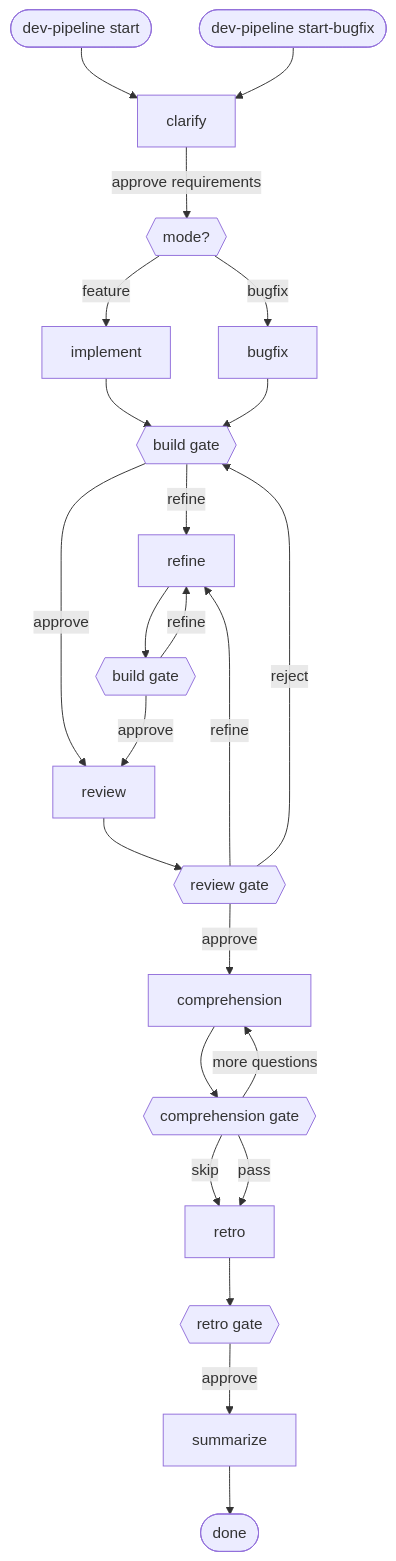
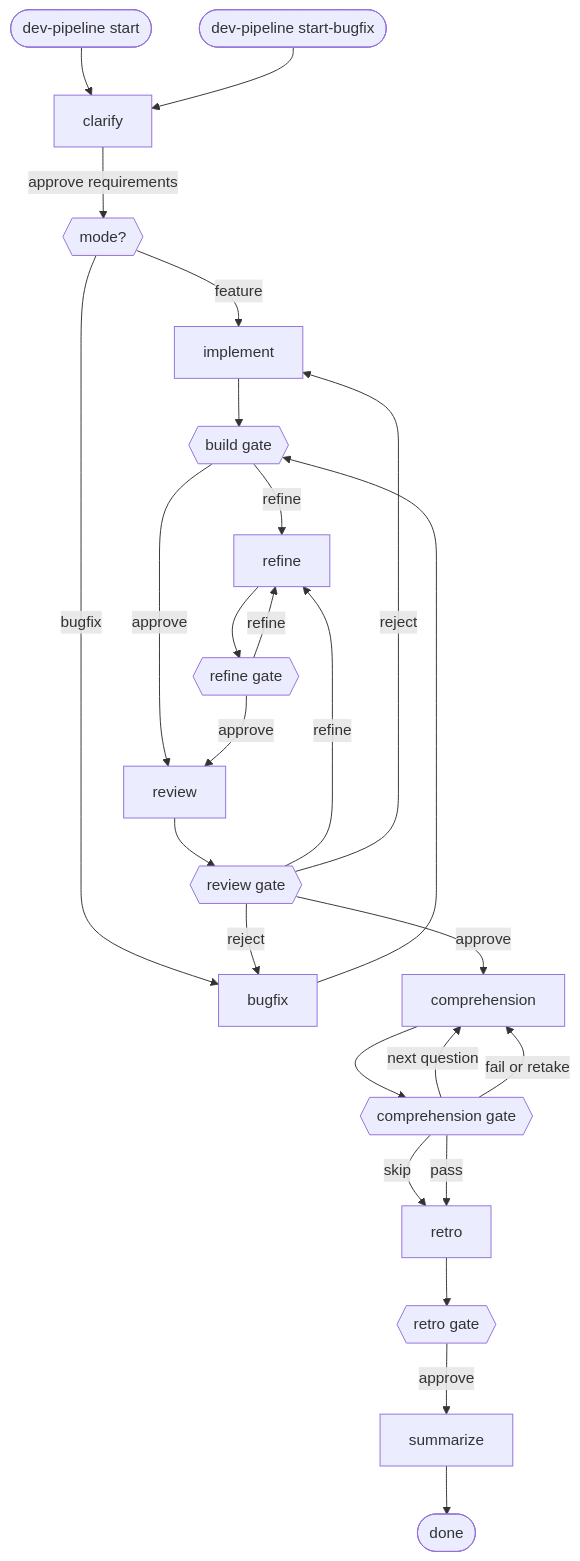
One commit to D-Andreev/ai-workflow changed the second of 2 diagrams in README.md. Above: the diagram before and after it, drawn with Mermaid.

````diff
--- a/README.md
+++ b/README.md
@@ -111,34 +111,37 @@
 ```mermaid
 flowchart TD
     start(["dev-pipeline start"]) --> clarify
     startbug(["dev-pipeline start-bugfix"]) --> clarify
 
     clarify["clarify"] -->|approve requirements| mode
 
     mode{{mode?}}
     mode -->|feature| implement["implement"]
     mode -->|bugfix| bugfix["bugfix"]
 
     implement --> gate_build
     bugfix --> gate_build
     gate_build{{build gate}}
     gate_build -->|refine| refine["refine"]
-    refine --> gate_build2{{build gate}}
-    gate_build2 -->|refine| refine
     gate_build -->|approve| review["review"]
-    gate_build2 -->|approve| review
+
+    refine --> gate_refine{{refine gate}}
+    gate_refine -->|refine| refine
+    gate_refine -->|approve| review
 
     review --> gate_review{{review gate}}
     gate_review -->|refine| refine
-    gate_review -->|reject| gate_build
+    gate_review -->|reject| implement
+    gate_review -->|reject| bugfix
     gate_review -->|approve| comprehension["comprehension"]
 
     comprehension --> gate_comp{{comprehension gate}}
-    gate_comp -->|more questions| comprehension
+    gate_comp -->|next question| comprehension
+    gate_comp -->|fail or retake| comprehension
     gate_comp -->|skip| retro["retro"]
     gate_comp -->|pass| retro
 
     retro --> gate_retro{{retro gate}}
     gate_retro -->|approve| summarize["summarize"]
     summarize --> done(["done"])
 ```
````
